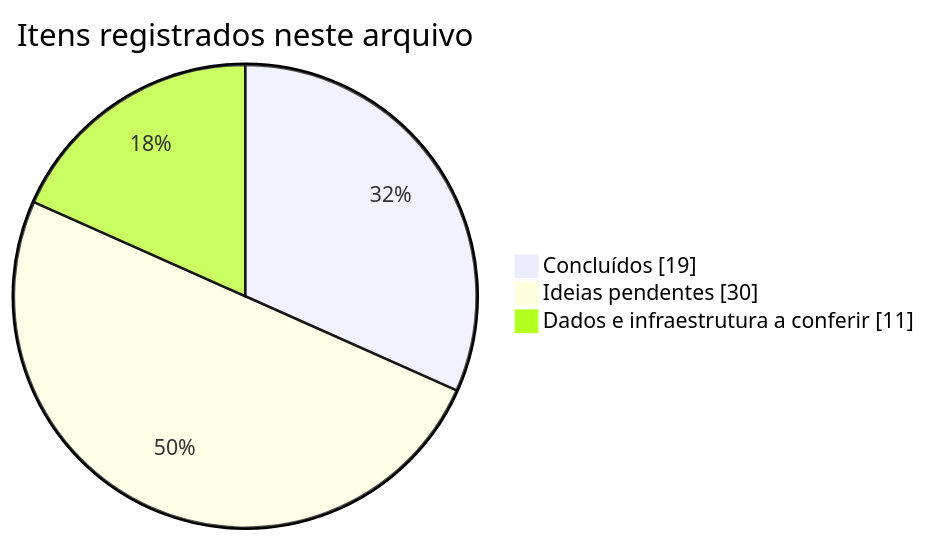
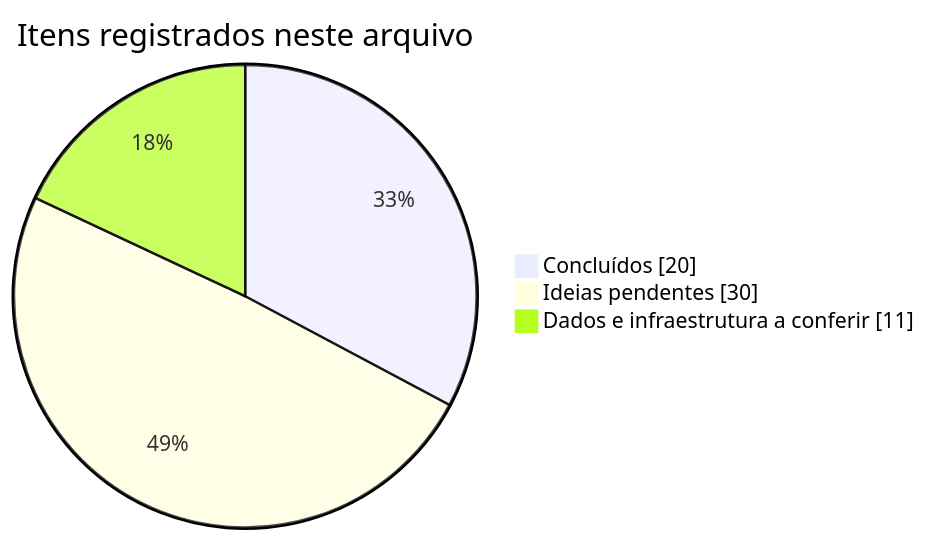
One commit to floriatanscosta/floriatanscosta.github.io changed the diagram in PENDENCIAS.md. Above: the diagram before and after it, drawn with Mermaid. The commit also changed other lines of this file and 59 other files, not shown here.

````diff
--- a/PENDENCIAS.md
+++ b/PENDENCIAS.md
@@ -9,6 +9,6 @@
 ```mermaid
 pie showData title Itens registrados neste arquivo
-    "Concluídos" : 19
+    "Concluídos" : 20
     "Ideias pendentes" : 30
     "Dados e infraestrutura a conferir" : 11
 ```
````
